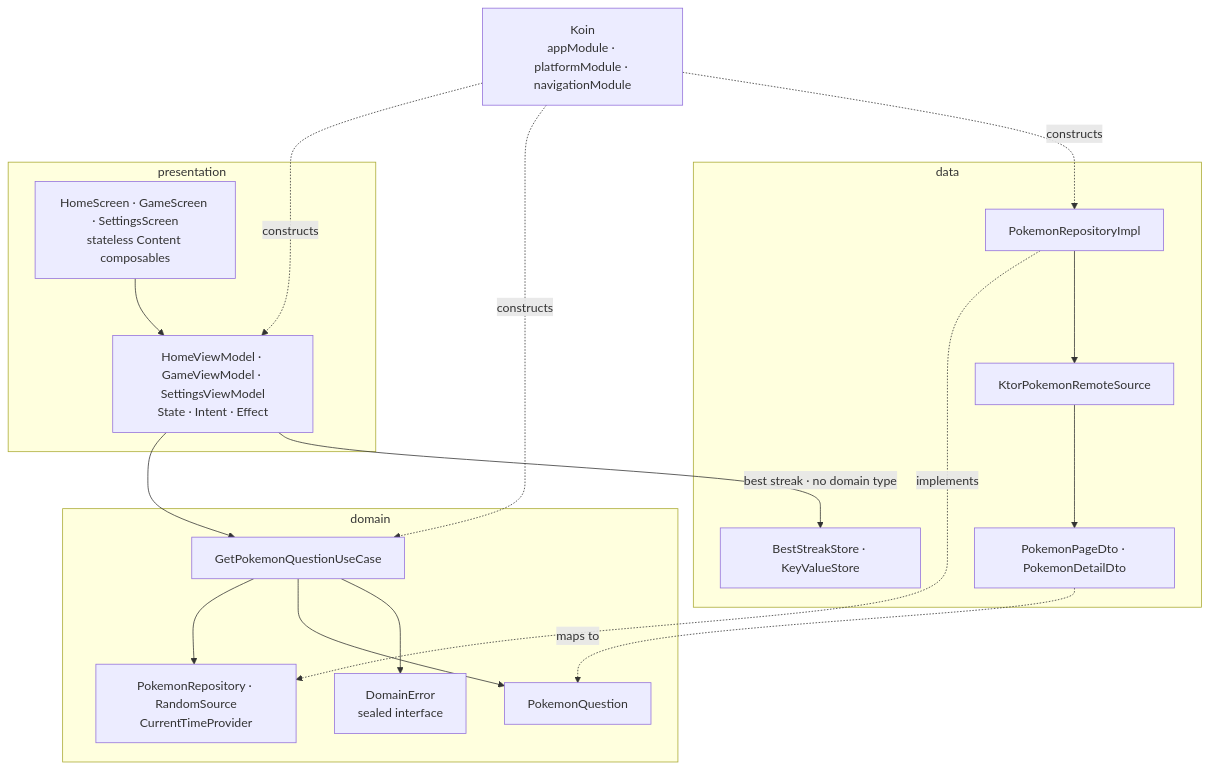
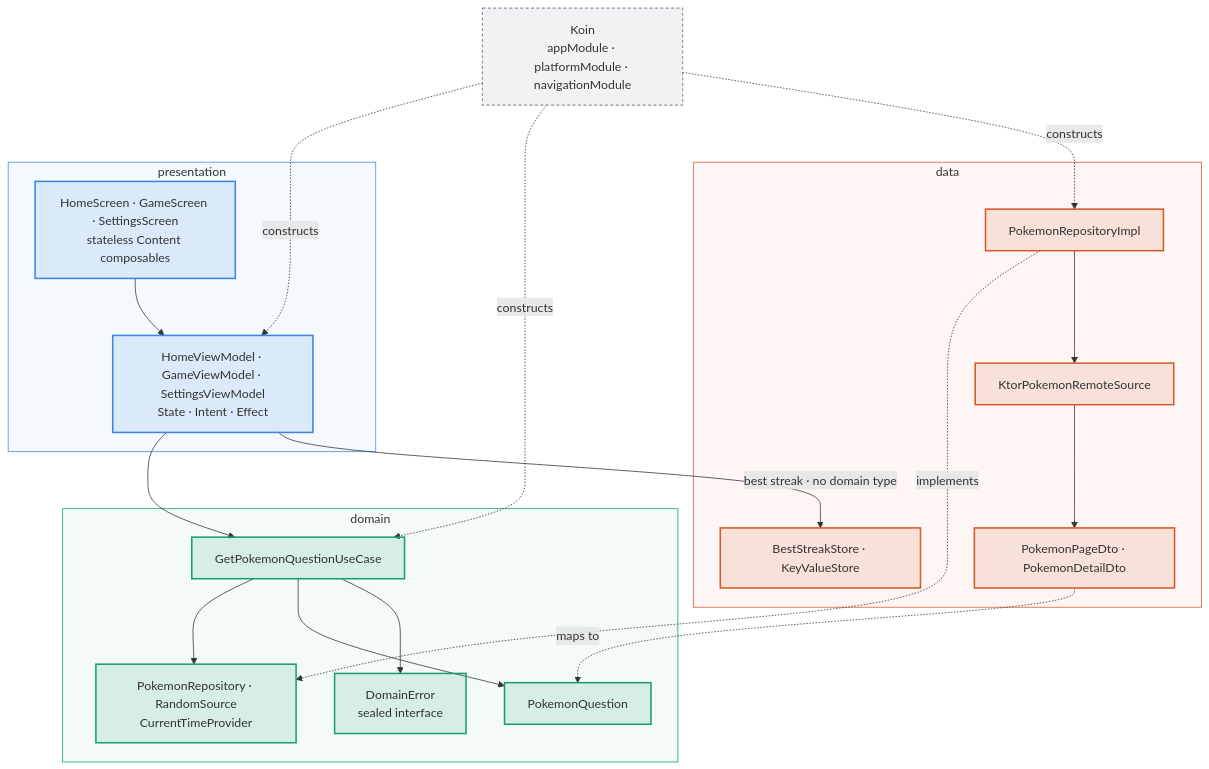
The first of 3 diagrams in README.md (chrisjc29/PokeDexMulti), drawn with Mermaid before and after one commit. The commit also changed other lines of this file and 1 other file, not shown here.

First line of the commit message:
Colour-code the architecture diagrams

````diff
--- a/README.md
+++ b/README.md
@@ -40,34 +45,46 @@
 ```mermaid
 flowchart TB
     subgraph PRES["presentation"]
         SCREEN["HomeScreen · GameScreen · SettingsScreen<br/>stateless Content composables"]
         VMODEL["HomeViewModel · GameViewModel · SettingsViewModel<br/>State · Intent · Effect"]
     end
     subgraph DOM["domain"]
         USECASE["GetPokemonQuestionUseCase"]
         CONTRACT["PokemonRepository · RandomSource<br/>CurrentTimeProvider"]
         MODEL["PokemonQuestion"]
         DERROR["DomainError<br/>sealed interface"]
     end
     subgraph DATA["data"]
         REPO["PokemonRepositoryImpl"]
         REMOTE["KtorPokemonRemoteSource"]
         LOCAL["BestStreakStore · KeyValueStore"]
         DTO["PokemonPageDto · PokemonDetailDto"]
     end
     KOIN["Koin<br/>appModule · platformModule · navigationModule"]
 
     SCREEN --> VMODEL
     VMODEL --> USECASE
     VMODEL -->|"best streak · no domain type"| LOCAL
     USECASE --> CONTRACT
     USECASE --> MODEL
     USECASE --> DERROR
     REPO -. implements .-> CONTRACT
     REPO --> REMOTE
     REMOTE --> DTO
     DTO -. maps to .-> MODEL
     KOIN -. constructs .-> VMODEL
     KOIN -. constructs .-> USECASE
     KOIN -. constructs .-> REPO
+
+    classDef pres fill:#3987e522,stroke:#3987e5,stroke-width:2px
+    classDef dom fill:#199e7022,stroke:#199e70,stroke-width:2px
+    classDef dat fill:#d9592622,stroke:#d95926,stroke-width:2px
+    classDef infra fill:#8b949e1f,stroke:#8b949e,stroke-width:1.5px,stroke-dasharray:4 3
+    class SCREEN,VMODEL pres
+    class USECASE,CONTRACT,MODEL,DERROR dom
+    class REPO,REMOTE,LOCAL,DTO dat
+    class KOIN infra
+    style PRES fill:#3987e50d,stroke:#3987e5,stroke-width:1px
+    style DOM fill:#199e700d,stroke:#199e70,stroke-width:1px
+    style DATA fill:#d959260d,stroke:#d95926,stroke-width:1px
 ```
````
